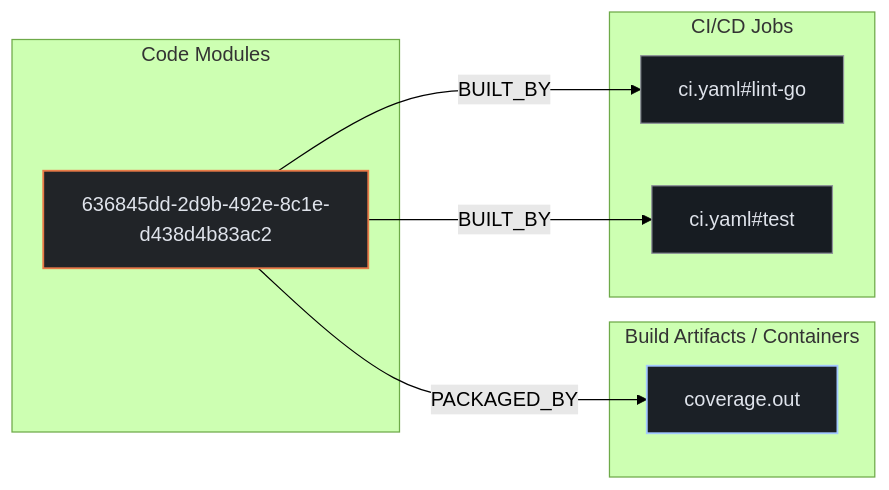
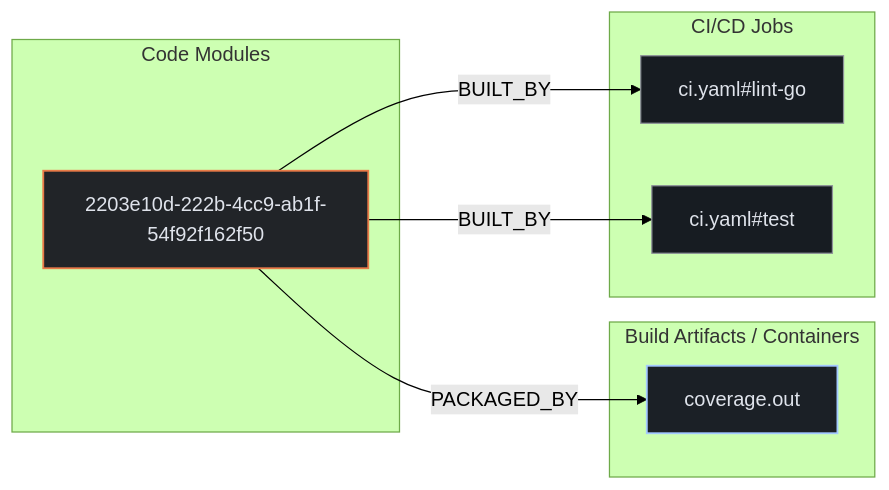
One commit to kumarshaz/atruss-code-atlas changed the second of 3 diagrams in exports/latest/reports/argoproj-notifications-engine-report.md. Above: the diagram before and after it, drawn with Mermaid (forest theme). The commit also changed other lines of this file and 1613 other files, not shown here.

````diff
--- a/exports/latest/reports/argoproj-notifications-engine-report.md
+++ b/exports/latest/reports/argoproj-notifications-engine-report.md
@@ -198,20 +241,21 @@
 ```mermaid
 flowchart LR
+    %% title: Code-to-Cloud Deployment Traceability
     classDef atlasCategory fill:#212428,stroke:#E87A48,stroke-width:1.5px,color:#dfe3eb
     classDef atlasWorkflow fill:#1b2026,stroke:#a3c9ff,stroke-width:1.5px,color:#dfe3eb
     classDef atlasJob fill:#171c22,stroke:#8d9199,stroke-width:1px,color:#dfe3eb
     classDef atlasTarget fill:#005227,stroke:#8bd99b,stroke-width:1.5px,color:#a7f6b6
     subgraph code_modules["Code Modules"]
-        mod_636845dd_2d9b_492e_8c1e_d438d4b83ac2["636845dd-2d9b-492e-8c1e-d438d4b83ac2"]:::atlasCategory
+        mod_2203e10d_222b_4cc9_ab1f_54f92f162f50["2203e10d-222b-4cc9-ab1f-54f92f162f50"]:::atlasCategory
     end
     subgraph build_artifacts["Build Artifacts / Containers"]
         art_coverage_out["coverage.out"]:::atlasWorkflow
     end
     subgraph ci_jobs["CI/CD Jobs"]
         job_ci_yaml_lint_go["ci.yaml#lint-go"]:::atlasJob
         job_ci_yaml_test["ci.yaml#test"]:::atlasJob
     end
-    mod_636845dd_2d9b_492e_8c1e_d438d4b83ac2 -->|BUILT_BY| job_ci_yaml_lint_go
-    mod_636845dd_2d9b_492e_8c1e_d438d4b83ac2 -->|BUILT_BY| job_ci_yaml_test
-    mod_636845dd_2d9b_492e_8c1e_d438d4b83ac2 -->|PACKAGED_BY| art_coverage_out
+    mod_2203e10d_222b_4cc9_ab1f_54f92f162f50 -->|BUILT_BY| job_ci_yaml_lint_go
+    mod_2203e10d_222b_4cc9_ab1f_54f92f162f50 -->|BUILT_BY| job_ci_yaml_test
+    mod_2203e10d_222b_4cc9_ab1f_54f92f162f50 -->|PACKAGED_BY| art_coverage_out
 ```
````
